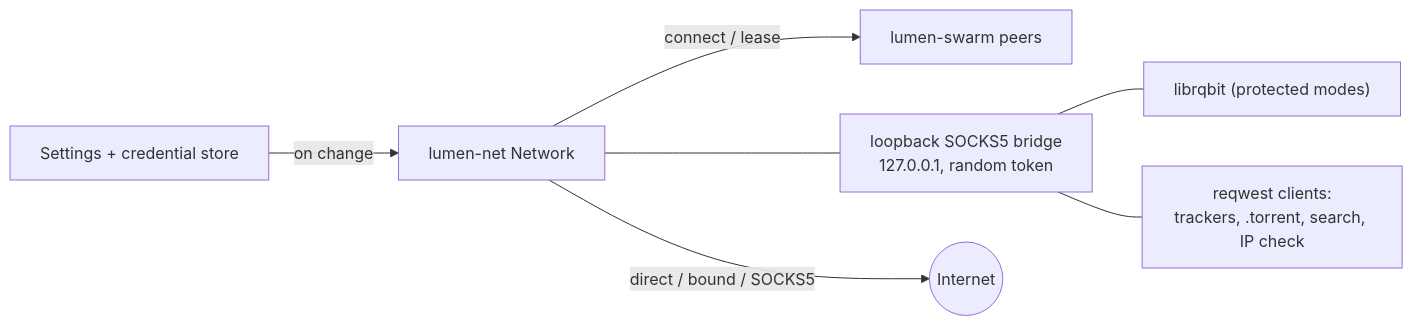
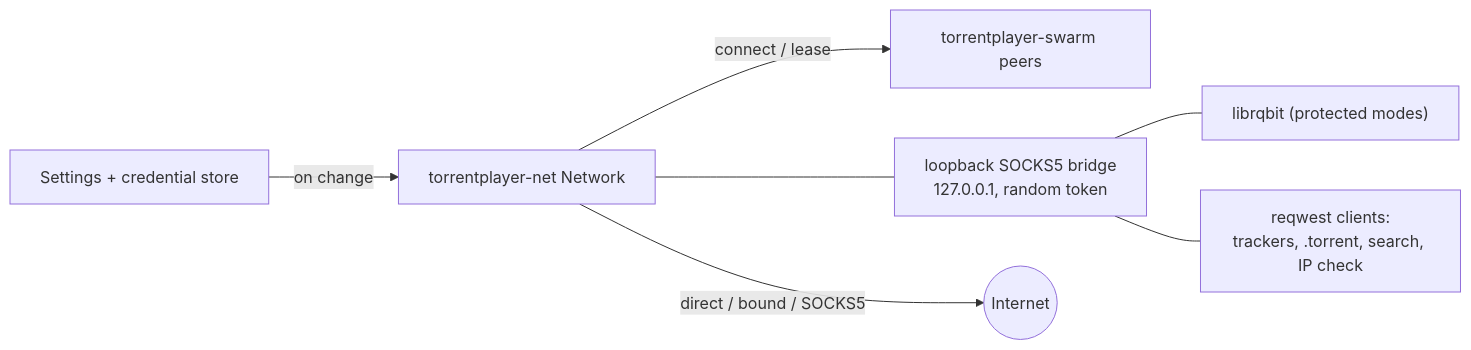
Before and after one commit to repomesh/torrentplayer: the second of 2 diagrams in docs/network.md, drawn with Mermaid. The commit also changed other lines of this file and 300 other files, not shown here.

````diff
--- a/docs/network.md
+++ b/docs/network.md
@@ -127,9 +127,9 @@
 ```mermaid
 flowchart LR
-    Settings["Settings + credential store"] -->|on change| Net["lumen-net Network"]
-    Net -->|connect / lease| Swarm["lumen-swarm peers"]
+    Settings["Settings + credential store"] -->|on change| Net["torrentplayer-net Network"]
+    Net -->|connect / lease| Swarm["torrentplayer-swarm peers"]
     Net --- Bridge["loopback SOCKS5 bridge<br/>127.0.0.1, random token"]
     Bridge --- Rqbit["librqbit (protected modes)"]
     Bridge --- Http["reqwest clients:<br/>trackers, .torrent, search, IP check"]
     Net -->|direct / bound / SOCKS5| Internet((Internet))
 ```
````
